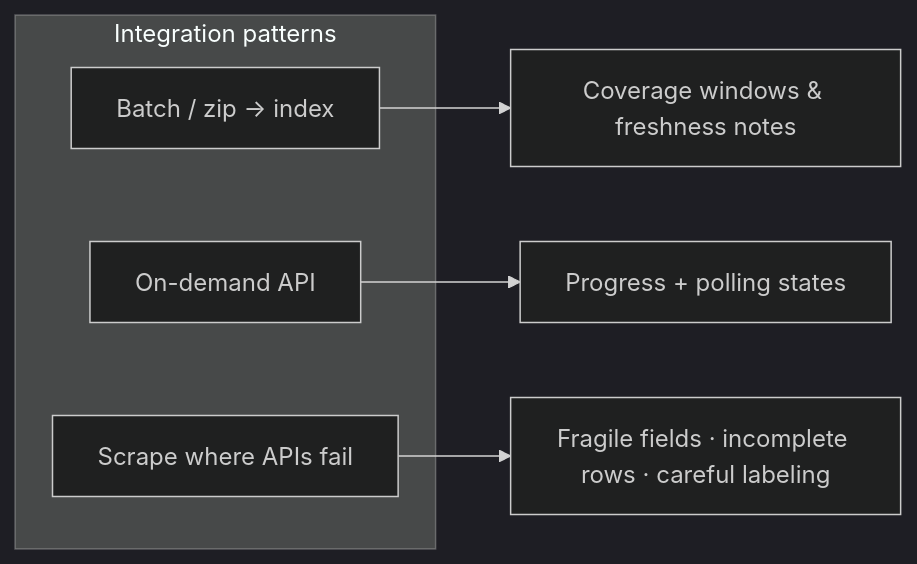
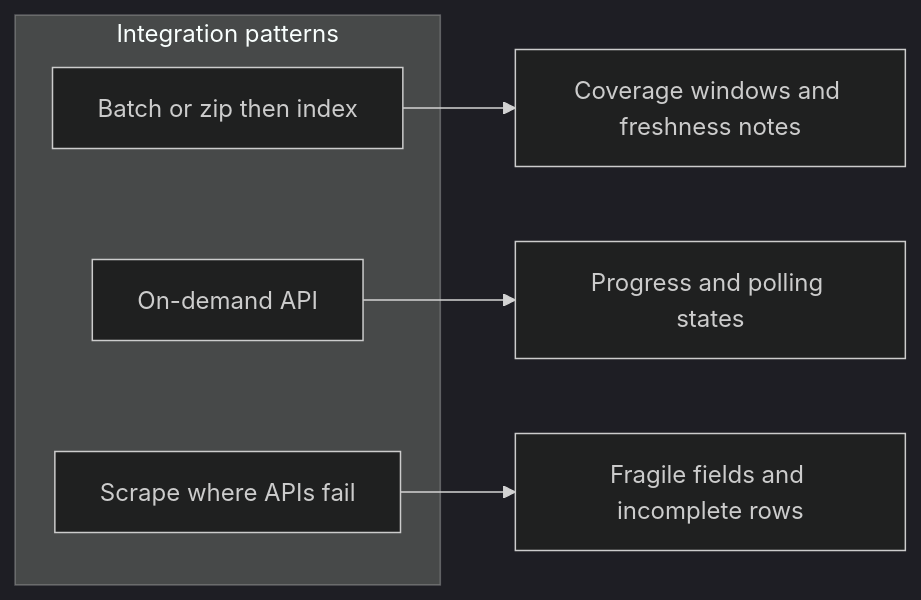
The fourth of 7 diagrams in docs/FinGov-Product-Design-Case-Study.md (thriambakg/Cosine2.0), drawn with Mermaid (dark theme) before and after one commit. The commit also changed other lines of this file, not shown here.

````diff
--- a/docs/FinGov-Product-Design-Case-Study.md
+++ b/docs/FinGov-Product-Design-Case-Study.md
@@ -128,11 +135,11 @@
 ```mermaid
 flowchart LR
-  subgraph Fetch["Integration patterns"]
-    B["Batch / zip → index"]
-    O["On-demand API"]
-    W["Scrape where APIs fail"]
+  subgraph Fetch[Integration patterns]
+    B[Batch or zip then index]
+    O[On-demand API]
+    W[Scrape where APIs fail]
   end
-  B --> UX1["Coverage windows & freshness notes"]
-  O --> UX2["Progress + polling states"]
-  W --> UX3["Fragile fields · incomplete rows · careful labeling"]
+  B --> UX1[Coverage windows and freshness notes]
+  O --> UX2[Progress and polling states]
+  W --> UX3[Fragile fields and incomplete rows]
 ```
````
